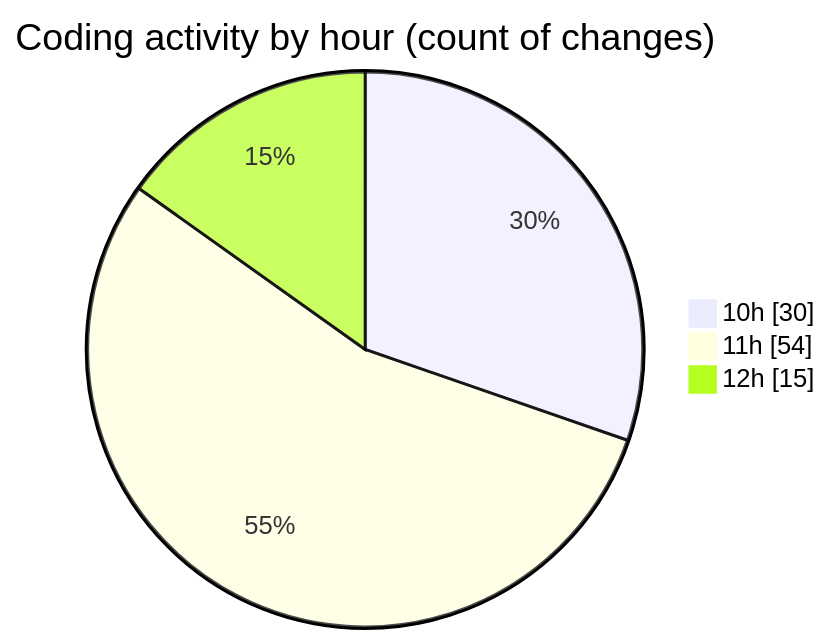
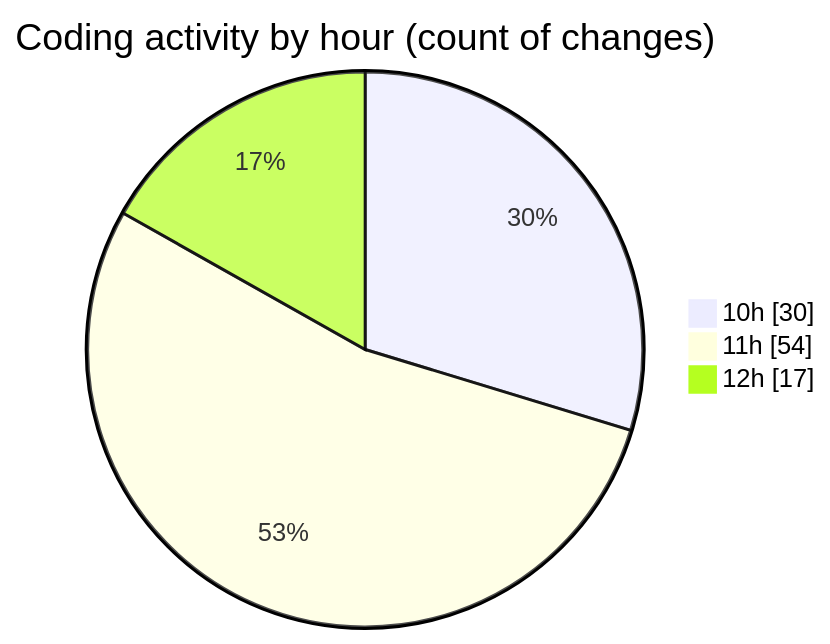
Before and after one commit to momahboobian/code-tracking: the second of 2 diagrams in 2025-05-01/cda/README.md, drawn with Mermaid. The commit also changed other lines of this file and 1 other file, not shown here.

````diff
--- a/2025-05-01/cda/README.md
+++ b/2025-05-01/cda/README.md
@@ -39,7 +40,7 @@
 ```mermaid
 pie showData
 title Coding activity by hour (count of changes)
 "10h" : 30
 "11h" : 54
-"12h" : 15
+"12h" : 17
 ```
````
